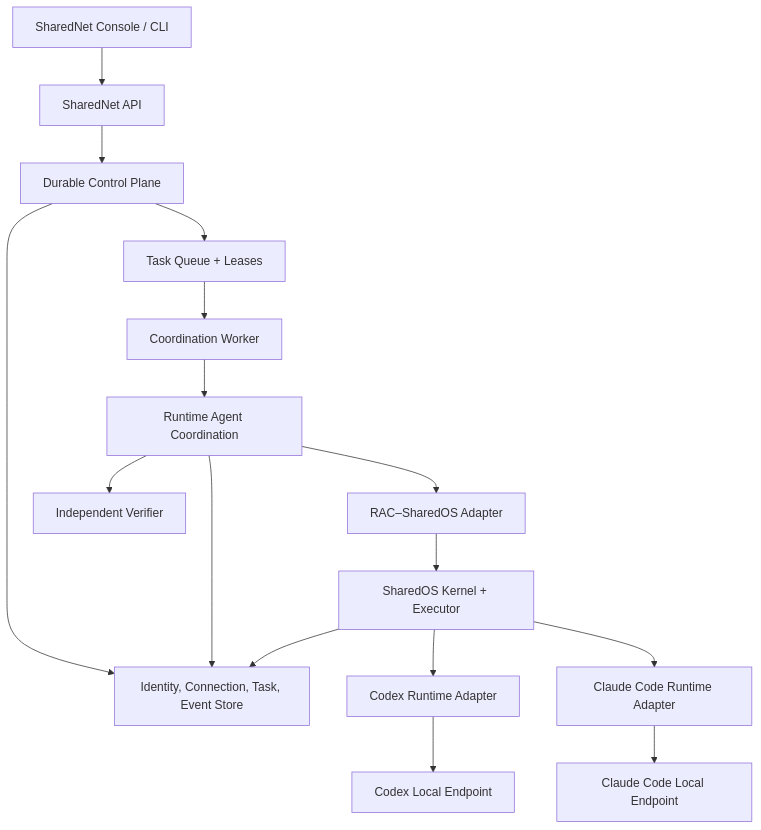
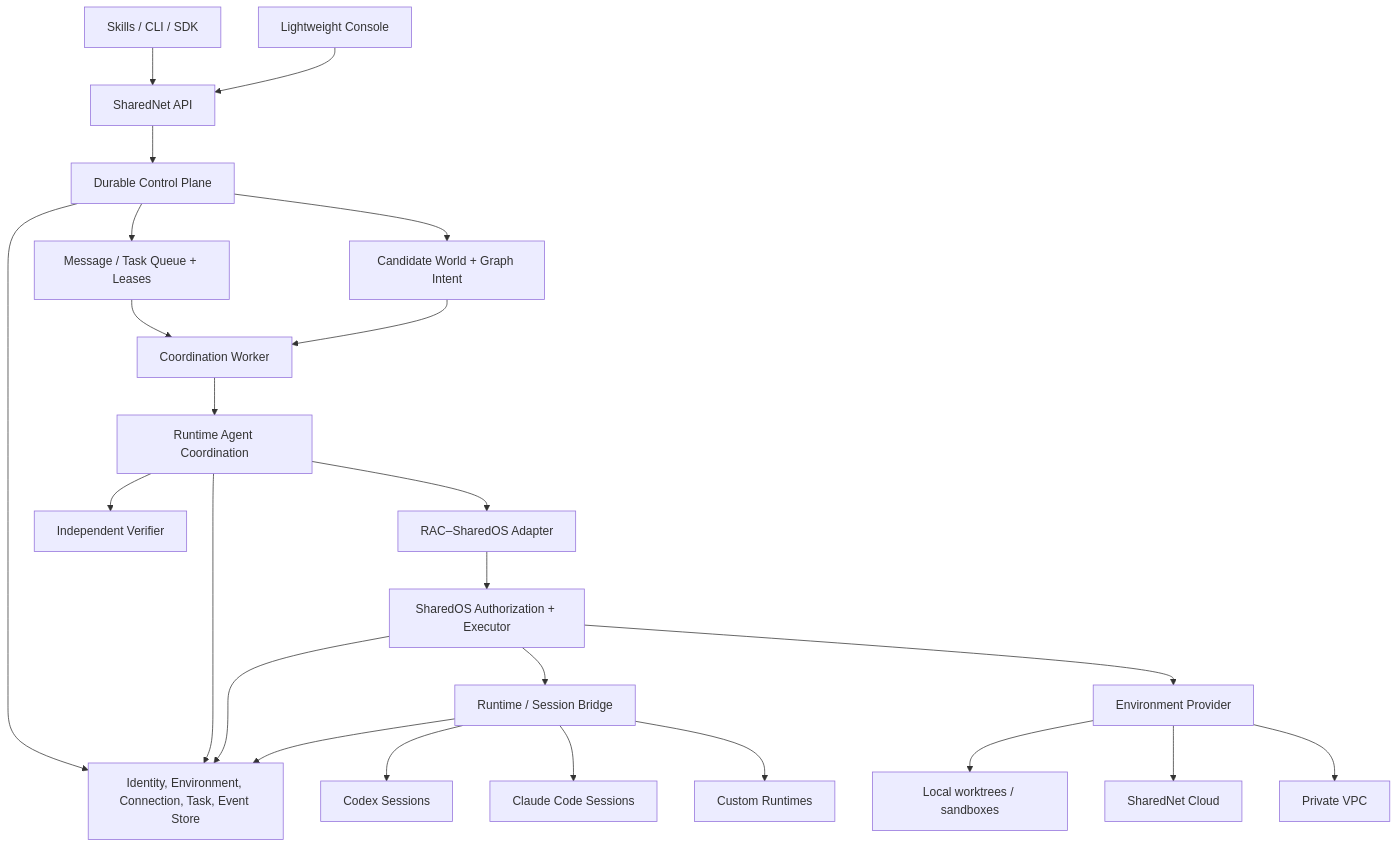
One commit to Aicoo-Team/SharedNet changed the second of 2 diagrams in docs/product/sharednet-prd.md. Above: the diagram before and after it, drawn with Mermaid. The commit also changed other lines of this file and 1 other file, not shown here.

Commit message:
docs: unify SharedNet product architecture

````diff
--- a/docs/product/sharednet-prd.md
+++ b/docs/product/sharednet-prd.md
@@ -461,18 +994,26 @@
 ```mermaid
 flowchart TD
-    UI["SharedNet Console / CLI"] --> API["SharedNet API"]
+    SK["Skills / CLI / SDK"] --> API["SharedNet API"]
+    WEB["Lightweight Console"] --> API
     API --> CP["Durable Control Plane"]
-    CP --> DB["Identity, Connection, Task, Event Store"]
-    CP --> Q["Task Queue + Leases"]
+    CP --> DB["Identity, Environment, Connection, Task, Event Store"]
+    CP --> CW["Candidate World + Graph Intent"]
+    CP --> Q["Message / Task Queue + Leases"]
     Q --> W["Coordination Worker"]
+    CW --> W
     W --> RAC["Runtime Agent Coordination"]
-    RAC --> SH["RAC–SharedOS Adapter"]
-    SH --> OS["SharedOS Kernel + Executor"]
-    OS --> CA["Codex Runtime Adapter"]
-    OS --> CLA["Claude Code Runtime Adapter"]
-    CA --> CW["Codex Local Endpoint"]
-    CLA --> CLW["Claude Code Local Endpoint"]
+    RAC --> AUTH["RAC–SharedOS Adapter"]
+    AUTH --> OS["SharedOS Authorization + Executor"]
+    OS --> BR["Runtime / Session Bridge"]
+    BR --> CX["Codex Sessions"]
+    BR --> CC["Claude Code Sessions"]
+    BR --> CR["Custom Runtimes"]
+    OS --> EP["Environment Provider"]
+    EP --> LOCAL["Local worktrees / sandboxes"]
+    EP --> CLOUD["SharedNet Cloud"]
+    EP --> VPC["Private VPC"]
     RAC --> V["Independent Verifier"]
     RAC --> DB
     OS --> DB
+    BR --> DB
 ```
````
